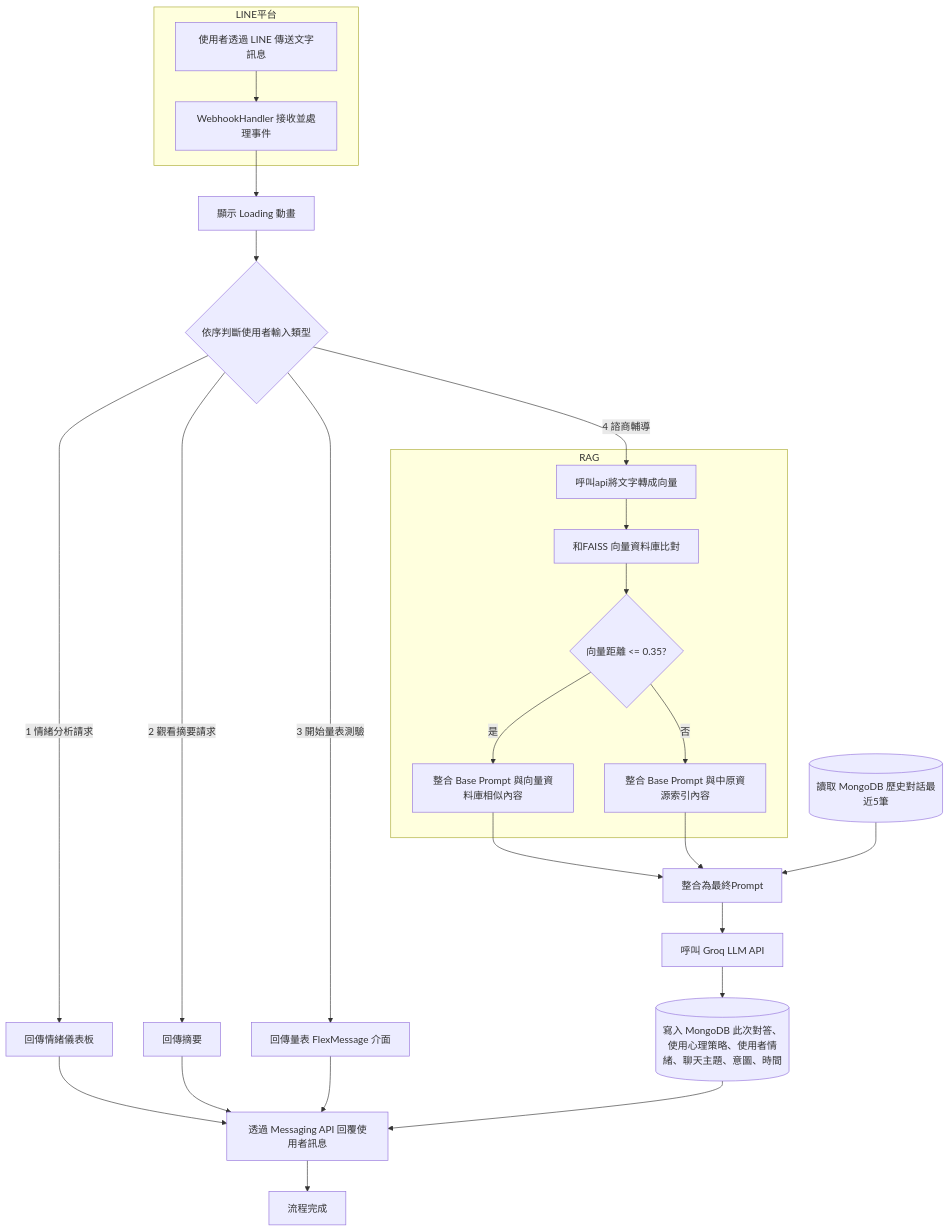
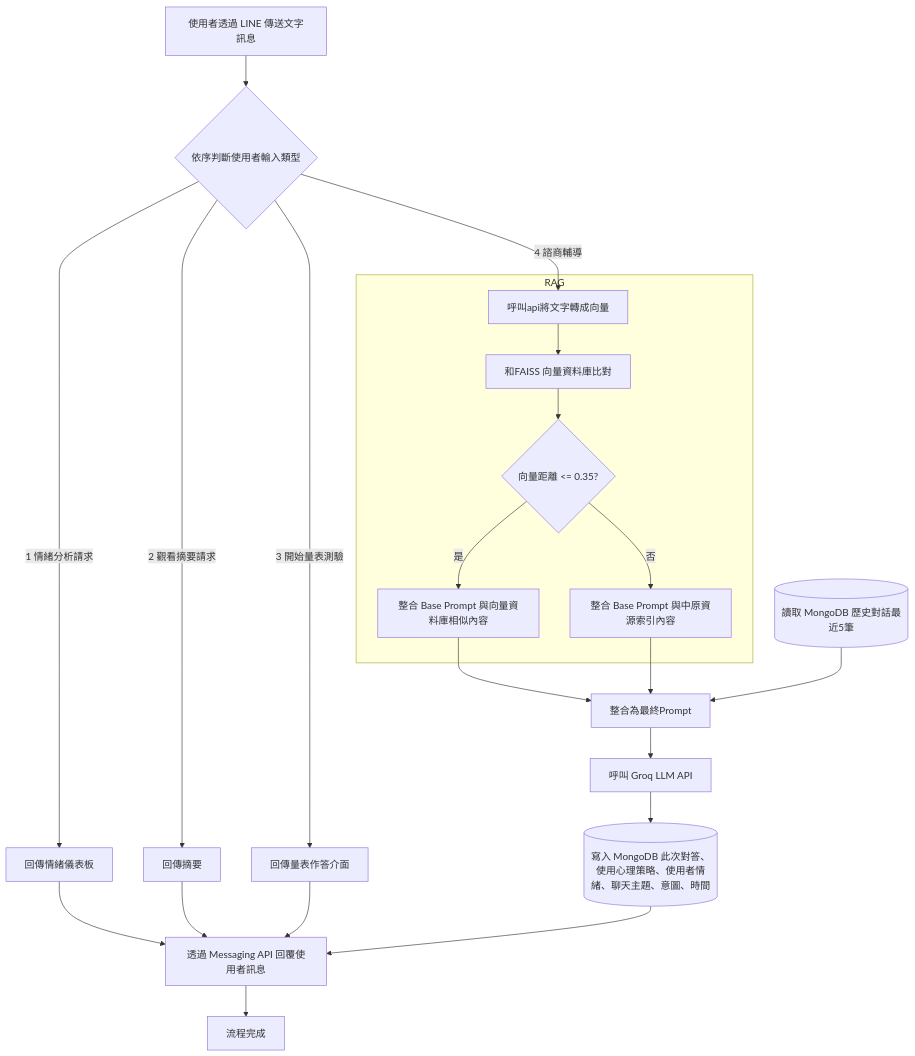
Before and after one commit to aurorajojo/line_app: the diagram in README.md, drawn with Mermaid. The commit also changed other lines of this file and 1 other file, not shown here.

````diff
--- a/README.md
+++ b/README.md
@@ -12,45 +12,40 @@
 ```mermaid
 flowchart TD
-    subgraph LINE平台
-        A[使用者透過 LINE 傳送文字訊息] --> B[WebhookHandler 接收並處理事件]
-    end
+    A[使用者透過 LINE 傳送文字訊息] --> D{依序判斷使用者輸入類型}
 
-    B --> C[顯示 Loading 動畫]
-
-    C --> D{依序判斷使用者輸入類型}
 
     D -->|1 情緒分析請求| E[回傳情緒儀表板]
     E --> O1
 
     D -->|2 觀看摘要請求| F[回傳摘要]
     F --> O1
 
-    D -->|3 開始量表測驗| G[回傳量表 FlexMessage 介面]
+    D -->|3 開始量表測驗| G[回傳量表作答介面]
     G --> O1
 
     D -->|4 諮商輔導| I[呼叫api將文字轉成向量]
 
     subgraph RAG
         I --> V1[和FAISS 向量資料庫比對]
         V1 --> Q{向量距離 <= 0.35?}
         Q -->|是| J[整合 Base Prompt 與向量資料庫相似內容]
         Q -->|否| R[整合 Base Prompt 與中原資源索引內容]
     end
 
     
     J --> X[整合為最終Prompt]
     R --> X
     MDB_Read --> X
 
     X --> L[呼叫 Groq LLM API]
     MDB_Read[( 讀取 MongoDB 歷史對話最近5筆)]
     MDB_Write[( 寫入 MongoDB 此次對答、使用心理策略、使用者情緒、聊天主題、意圖、時間)]
 
 
     L --> MDB_Write
         
     
     MDB_Write --> O1
     O1[透過 Messaging API 回覆使用者訊息] --> Z[流程完成]
 
 ```
````
